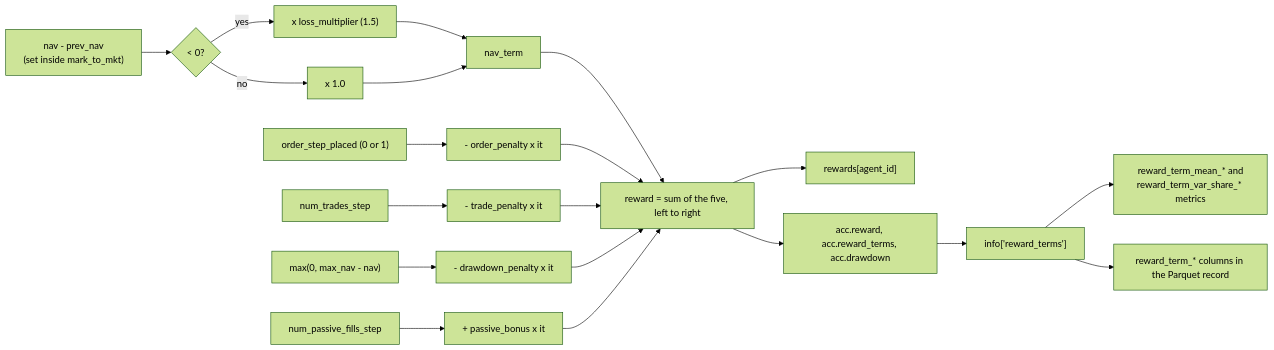
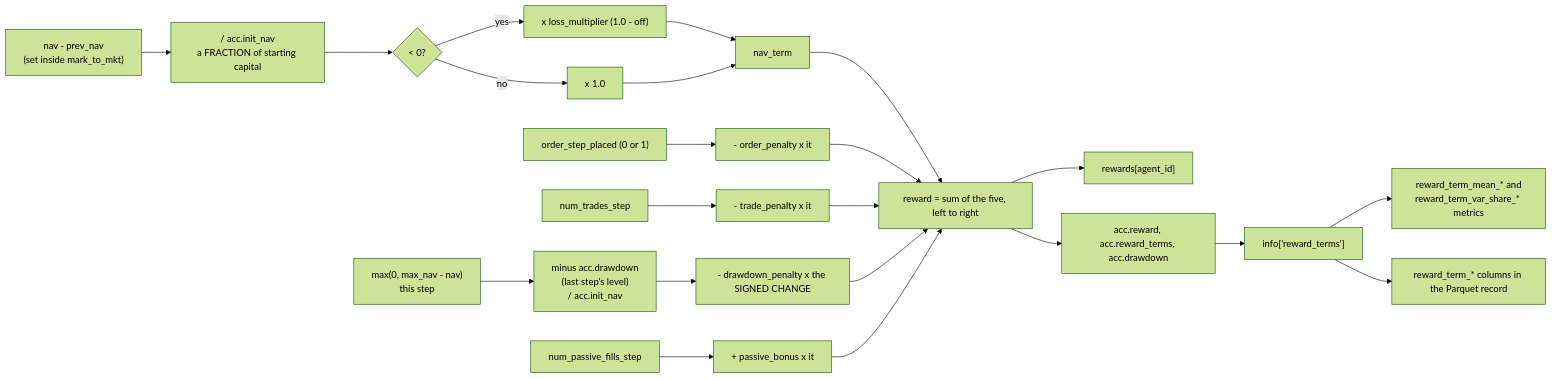
Before and after one commit to ChuaCheowHuan/gym-continuousDoubleAuction: the diagram in doc/07_reward_function.md, drawn with Mermaid (forest theme). The commit also changed other lines of this file and 15 other files, not shown here.

````diff
--- a/doc/07_reward_function.md
+++ b/doc/07_reward_function.md
@@ -130,25 +134,27 @@
 ```mermaid
 flowchart LR
-    NAV["nav - prev_nav<br/>(set inside mark_to_mkt)"] --> LA{"< 0?"}
-    LA -->|"yes"| NT1["x loss_multiplier (1.5)"]
+    NAV["nav - prev_nav<br/>(set inside mark_to_mkt)"] --> SC["/ acc.init_nav<br/>a FRACTION of starting capital"]
+    SC --> LA{"< 0?"}
+    LA -->|"yes"| NT1["x loss_multiplier (1.0 - off)"]
     LA -->|"no"| NT2["x 1.0"]
     NT1 --> T1["nav_term"]
     NT2 --> T1
 
     OSP["order_step_placed (0 or 1)"] --> T2["- order_penalty x it"]
     NTS["num_trades_step"] --> T3["- trade_penalty x it"]
-    DD["max(0, max_nav - nav)"] --> T4["- drawdown_penalty x it"]
+    DDN["max(0, max_nav - nav)<br/>this step"] --> DDD["minus acc.drawdown<br/>(last step's level)<br/>/ acc.init_nav"]
+    DDD --> T4["- drawdown_penalty x the SIGNED CHANGE"]
     NPF["num_passive_fills_step"] --> T5["+ passive_bonus x it"]
 
     T1 --> SUM["reward = sum of the five, left to right"]
     T2 --> SUM
     T3 --> SUM
     T4 --> SUM
     T5 --> SUM
 
     SUM --> RD["rewards[agent_id]"]
     SUM --> ACC["acc.reward, acc.reward_terms, acc.drawdown"]
     ACC --> INFO["info['reward_terms']"]
     INFO --> MET["reward_term_mean_* and<br/>reward_term_var_share_* metrics"]
     INFO --> PARQ["reward_term_* columns in the Parquet record"]
 ```
````
